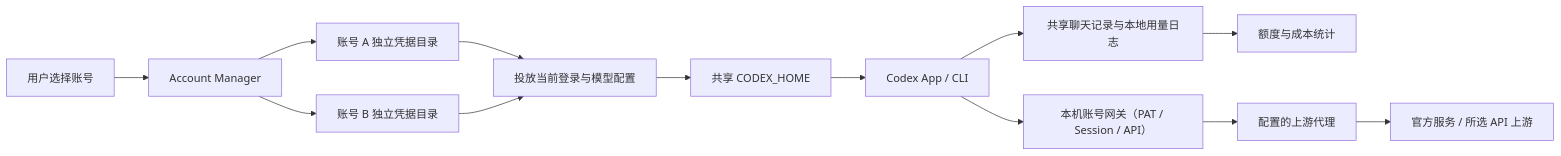
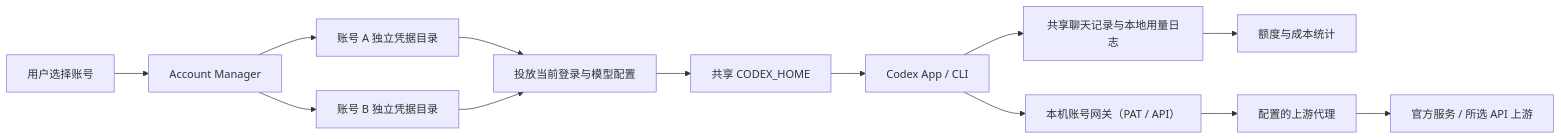
The diagram in README.md (bennettnaida-cloud/codex-account-manager), drawn with Mermaid before and after one commit. The commit also changed other lines of this file and 26 other files, not shown here.

````diff
--- a/README.md
+++ b/README.md
@@ -56,15 +56,15 @@
 ```mermaid
 flowchart LR
     U["用户选择账号"] --> M["Account Manager"]
     M --> A["账号 A 独立凭据目录"]
     M --> B["账号 B 独立凭据目录"]
     A --> P["投放当前登录与模型配置"]
     B --> P
     P --> H["共享 CODEX_HOME"]
     H --> C["Codex App / CLI"]
     C --> L["共享聊天记录与本地用量日志"]
     L --> S["额度与成本统计"]
-    C --> G["本机账号网关（PAT / Session / API）"]
+    C --> G["本机账号网关（PAT / API）"]
     G --> X["配置的上游代理"]
     X --> O["官方服务 / 所选 API 上游"]
 ```
````
